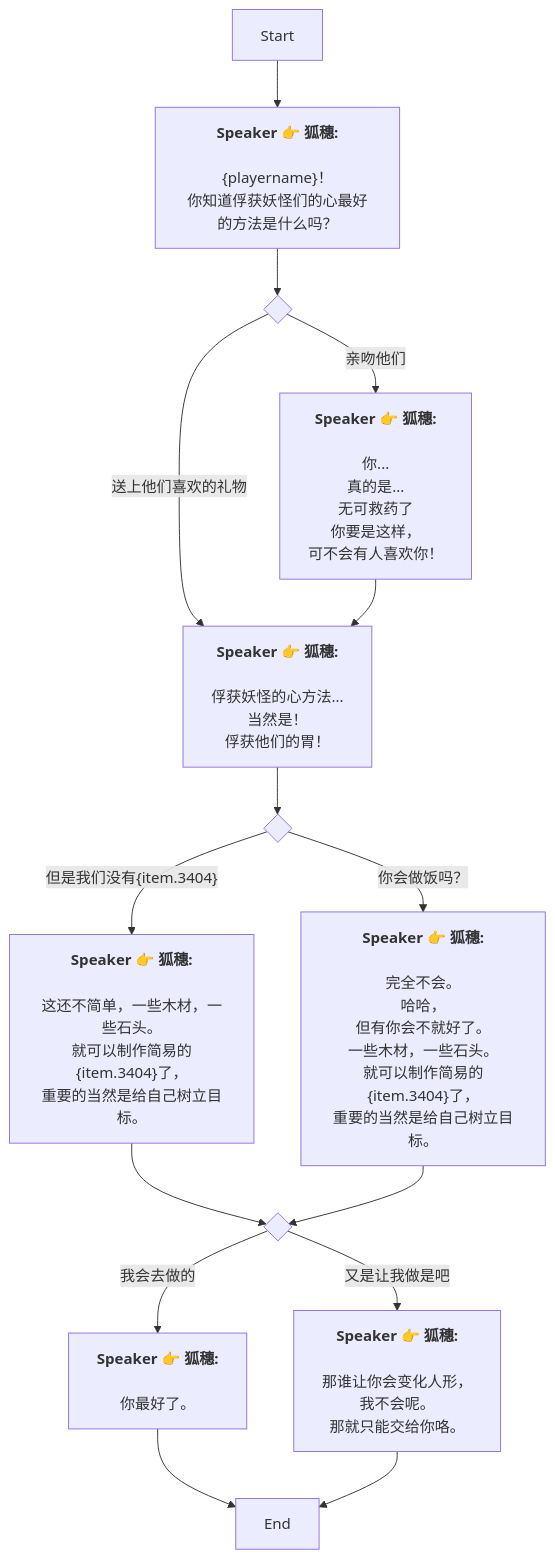
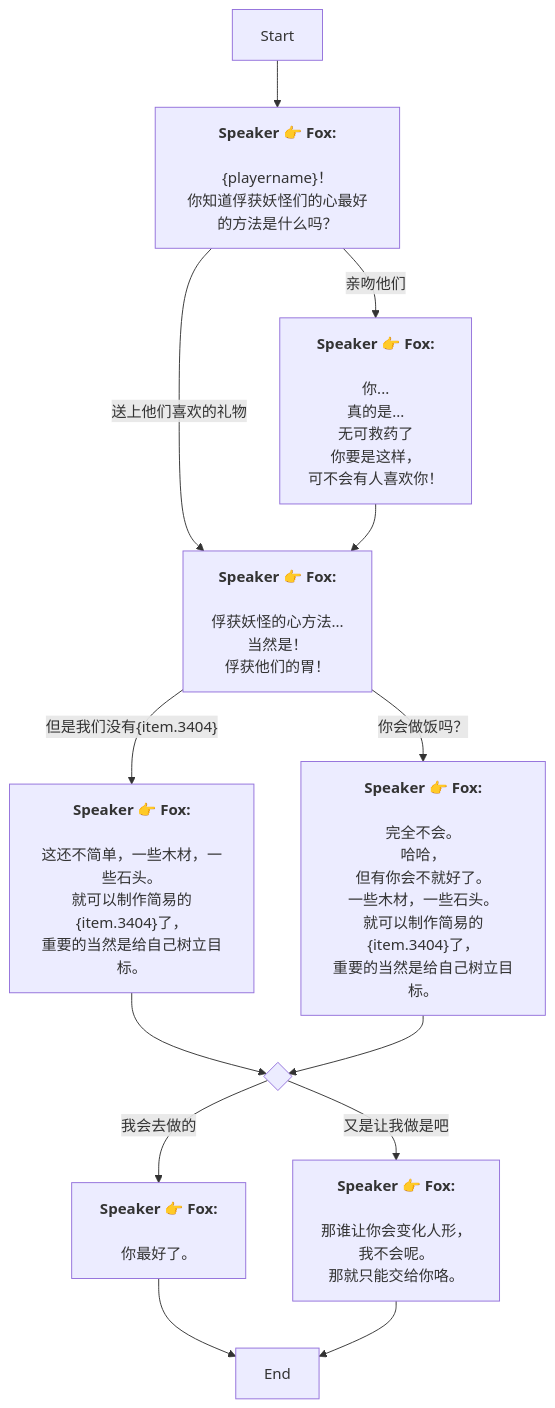
Before and after one commit to SoftHu/tos_avg: the diagram in Zh/QuestStartTalkENode_1738530232465548.md, drawn with Mermaid. The commit also changed 737 other files, not shown here.

````diff
--- a/Zh/QuestStartTalkENode_1738530232465548.md
+++ b/Zh/QuestStartTalkENode_1738530232465548.md
@@ -1,52 +1,38 @@
 ```mermaid
 graph
-Start -->1738530500713615[<b>Speaker 👉 狐穗:</b>
-
-&lbrace;playername&rbrace;！
+Start -->1738530500713615[<b>Speaker 👉 Fox:</b>
+\n&lbrace;playername&rbrace;！
 你知道俘获妖怪们的心最好的方法是什么吗？]
-1738530500713615 -->1749512468842790{ }
-1749512468842790 -->|亲吻他们|1749512535586093[<b>Speaker 👉 狐穗:</b>
-
-你...
+1738530500713615 -->|亲吻他们|1749512535586093[<b>Speaker 👉 Fox:</b>
+\n你...
 真的是...
-无可救药了
-你要是这样，
+无可救药了\n你要是这样，
 可不会有人喜欢你！]
-1749512468842790 -->|送上他们喜欢的礼物|1749512740558126[<b>Speaker 👉 狐穗:</b>
-
-俘获妖怪的心方法...
+1738530500713615 -->|送上他们喜欢的礼物|1749512740558126[<b>Speaker 👉 Fox:</b>
+\n俘获妖怪的心方法...
 当然是！
 俘获他们的胃！]
-1749512535586093 -->1749512740558126[<b>Speaker 👉 狐穗:</b>
-
-俘获妖怪的心方法...
+1749512535586093 -->1749512740558126[<b>Speaker 👉 Fox:</b>
+\n俘获妖怪的心方法...
 当然是！
 俘获他们的胃！]
-1749512740558126 -->1751472246038850{ }
-1751472246038850 -->|但是我们没有&lbrace;item.3404&rbrace;|1751472270890311[<b>Speaker 👉 狐穗:</b>
-
-这还不简单，一些木材，一些石头。
+1749512740558126 -->|但是我们没有&lbrace;item.3404&rbrace;|1751472270890311[<b>Speaker 👉 Fox:</b>
+\n这还不简单，一些木材，一些石头。
 就可以制作简易的&lbrace;item.3404&rbrace;了，
 重要的当然是给自己树立目标。]
-1751472246038850 -->|你会做饭吗？|1751472323004745[<b>Speaker 👉 狐穗:</b>
-
-完全不会。
-哈哈，
-但有你会不就好了。
-一些木材，一些石头。
+1749512740558126 -->|你会做饭吗？|1751472323004745[<b>Speaker 👉 Fox:</b>
+\n完全不会。\n哈哈，
+但有你会不就好了。\n一些木材，一些石头。
 就可以制作简易的&lbrace;item.3404&rbrace;了，
 重要的当然是给自己树立目标。]
-1751472270890311 -->1751472312172872{ }
-1751472312172872 -->|我会去做的|1751472427525455[<b>Speaker 👉 狐穗:</b>
-
-你最好了。]
-1751472312172872 -->|又是让我做是吧|1751472450629968[<b>Speaker 👉 狐穗:</b>
-
-那谁让你会变化人形，
-我不会呢。
-那就只能交给你咯。]
+1751472270890311 -->437868067722577{ }
 1751472427525455 -->1738530669388945[End]
 1751472450629968 -->1738530669388945[End]
-1751472323004745 -->1751472312172872{ }
+1751472323004745 -->437868067722577{ }
+437868067722577 -->|我会去做的|1751472427525455[<b>Speaker 👉 Fox:</b>
+\n你最好了。]
+437868067722577 -->|又是让我做是吧|1751472450629968[<b>Speaker 👉 Fox:</b>
+\n那谁让你会变化人形，
+我不会呢。\n那就只能交给你咯。]
 
- ```
+```
````
